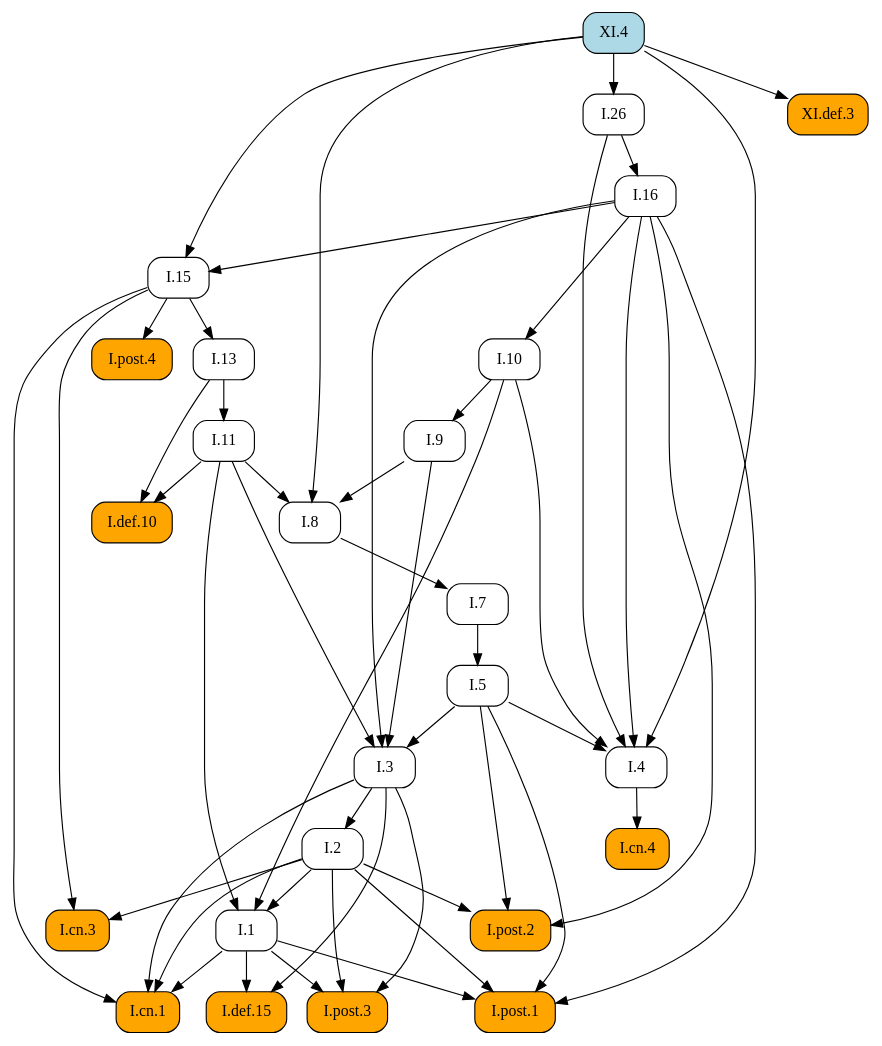
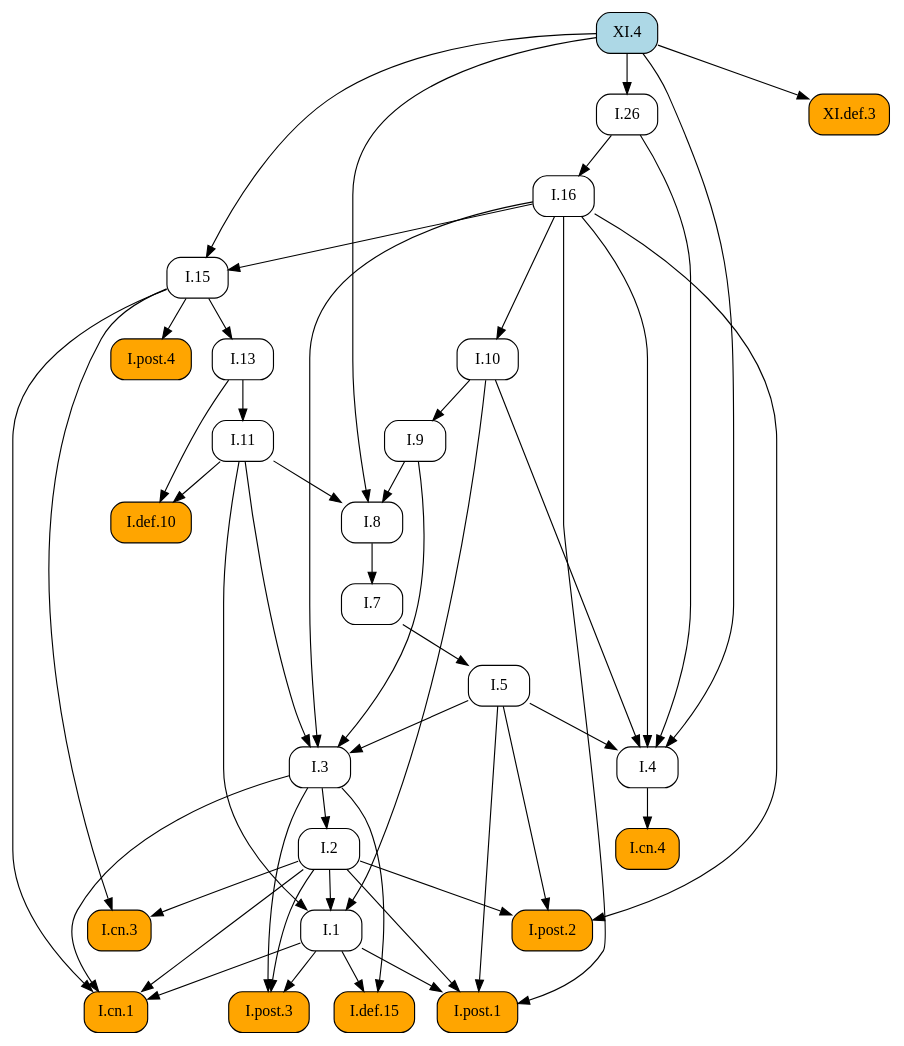
One commit to geometor/elements changed the diagram in docsrc/heath/XI/4/index.rst. Above: the diagram before and after it, drawn with Graphviz. The commit also changed other lines of this file and 484 other files, not shown here.

```diff
--- a/docsrc/heath/XI/4/index.rst
+++ b/docsrc/heath/XI/4/index.rst
@@ -59,80 +59,80 @@
 .. graphviz::
 
    digraph {
      rankdir="TB";
      node [shape=box, style=rounded];
+     "I.9" [URL="/heath/I/9/", target="_top"];
+     "I.cn.1" [style="rounded,filled", fillcolor=orange, URL="/heath/I/cn.1/", target="_top"];
+     "I.7" [URL="/heath/I/7/", target="_top"];
+     "I.2" [URL="/heath/I/2/", target="_top"];
+     "XI.4" [style="rounded,filled", fillcolor=lightblue, URL="/heath/XI/4/", target="_top"];
+     "I.def.15" [style="rounded,filled", fillcolor=orange, URL="/heath/I/def.15/", target="_top"];
+     "I.13" [URL="/heath/I/13/", target="_top"];
+     "I.post.4" [style="rounded,filled", fillcolor=orange, URL="/heath/I/post.4/", target="_top"];
+     "I.4" [URL="/heath/I/4/", target="_top"];
+     "I.1" [URL="/heath/I/1/", target="_top"];
+     "I.post.3" [style="rounded,filled", fillcolor=orange, URL="/heath/I/post.3/", target="_top"];
+     "I.post.1" [style="rounded,filled", fillcolor=orange, URL="/heath/I/post.1/", target="_top"];
+     "I.5" [URL="/heath/I/5/", target="_top"];
+     "I.8" [URL="/heath/I/8/", target="_top"];
+     "I.cn.3" [style="rounded,filled", fillcolor=orange, URL="/heath/I/cn.3/", target="_top"];
+     "I.16" [URL="/heath/I/16/", target="_top"];
      "I.def.10" [style="rounded,filled", fillcolor=orange, URL="/heath/I/def.10/", target="_top"];
+     "I.15" [URL="/heath/I/15/", target="_top"];
      "XI.def.3" [style="rounded,filled", fillcolor=orange, URL="/heath/XI/def.3/", target="_top"];
-     "I.post.4" [style="rounded,filled", fillcolor=orange, URL="/heath/I/post.4/", target="_top"];
+     "I.10" [URL="/heath/I/10/", target="_top"];
      "I.11" [URL="/heath/I/11/", target="_top"];
-     "I.1" [URL="/heath/I/1/", target="_top"];
+     "I.cn.4" [style="rounded,filled", fillcolor=orange, URL="/heath/I/cn.4/", target="_top"];
+     "I.post.2" [style="rounded,filled", fillcolor=orange, URL="/heath/I/post.2/", target="_top"];
      "I.26" [URL="/heath/I/26/", target="_top"];
-     "I.7" [URL="/heath/I/7/", target="_top"];
      "I.3" [URL="/heath/I/3/", target="_top"];
-     "I.2" [URL="/heath/I/2/", target="_top"];
-     "I.4" [URL="/heath/I/4/", target="_top"];
-     "I.13" [URL="/heath/I/13/", target="_top"];
-     "I.post.2" [style="rounded,filled", fillcolor=orange, URL="/heath/I/post.2/", target="_top"];
-     "I.16" [URL="/heath/I/16/", target="_top"];
-     "I.def.15" [style="rounded,filled", fillcolor=orange, URL="/heath/I/def.15/", target="_top"];
-     "I.9" [URL="/heath/I/9/", target="_top"];
-     "I.post.3" [style="rounded,filled", fillcolor=orange, URL="/heath/I/post.3/", target="_top"];
-     "I.cn.1" [style="rounded,filled", fillcolor=orange, URL="/heath/I/cn.1/", target="_top"];
-     "I.cn.3" [style="rounded,filled", fillcolor=orange, URL="/heath/I/cn.3/", target="_top"];
-     "I.8" [URL="/heath/I/8/", target="_top"];
-     "I.cn.4" [style="rounded,filled", fillcolor=orange, URL="/heath/I/cn.4/", target="_top"];
-     "I.15" [URL="/heath/I/15/", target="_top"];
-     "XI.4" [style="rounded,filled", fillcolor=lightblue, URL="/heath/XI/4/", target="_top"];
-     "I.post.1" [style="rounded,filled", fillcolor=orange, URL="/heath/I/post.1/", target="_top"];
-     "I.10" [URL="/heath/I/10/", target="_top"];
-     "I.5" [URL="/heath/I/5/", target="_top"];
-     "I.11" -> "I.def.10";
-     "I.13" -> "I.def.10";
-     "XI.4" -> "XI.def.3";
+     "I.10" -> "I.9";
+     "I.1" -> "I.cn.1";
+     "I.2" -> "I.cn.1";
+     "I.3" -> "I.cn.1";
+     "I.15" -> "I.cn.1";
+     "I.8" -> "I.7";
+     "I.3" -> "I.2";
+     "I.1" -> "I.def.15";
+     "I.3" -> "I.def.15";
+     "I.15" -> "I.13";
      "I.15" -> "I.post.4";
-     "I.13" -> "I.11";
-     "I.2" -> "I.1";
-     "I.10" -> "I.1";
-     "I.11" -> "I.1";
-     "XI.4" -> "I.26";
-     "I.8" -> "I.7";
-     "I.5" -> "I.3";
-     "I.9" -> "I.3";
-     "I.11" -> "I.3";
-     "I.16" -> "I.3";
-     "I.3" -> "I.2";
      "I.5" -> "I.4";
      "I.10" -> "I.4";
      "I.16" -> "I.4";
      "I.26" -> "I.4";
      "XI.4" -> "I.4";
-     "I.15" -> "I.13";
-     "I.2" -> "I.post.2";
-     "I.5" -> "I.post.2";
-     "I.16" -> "I.post.2";
-     "I.26" -> "I.16";
-     "I.1" -> "I.def.15";
-     "I.3" -> "I.def.15";
-     "I.10" -> "I.9";
+     "I.2" -> "I.1";
+     "I.10" -> "I.1";
+     "I.11" -> "I.1";
      "I.1" -> "I.post.3";
      "I.2" -> "I.post.3";
      "I.3" -> "I.post.3";
-     "I.1" -> "I.cn.1";
-     "I.2" -> "I.cn.1";
-     "I.3" -> "I.cn.1";
-     "I.15" -> "I.cn.1";
-     "I.2" -> "I.cn.3";
-     "I.15" -> "I.cn.3";
-     "I.9" -> "I.8";
-     "I.11" -> "I.8";
-     "XI.4" -> "I.8";
-     "I.4" -> "I.cn.4";
-     "I.16" -> "I.15";
-     "XI.4" -> "I.15";
      "I.1" -> "I.post.1";
      "I.2" -> "I.post.1";
      "I.5" -> "I.post.1";
      "I.16" -> "I.post.1";
+     "I.7" -> "I.5";
+     "I.9" -> "I.8";
+     "I.11" -> "I.8";
+     "XI.4" -> "I.8";
+     "I.2" -> "I.cn.3";
+     "I.15" -> "I.cn.3";
+     "I.26" -> "I.16";
+     "I.11" -> "I.def.10";
+     "I.13" -> "I.def.10";
+     "I.16" -> "I.15";
+     "XI.4" -> "I.15";
+     "XI.4" -> "XI.def.3";
      "I.16" -> "I.10";
-     "I.7" -> "I.5";
+     "I.13" -> "I.11";
+     "I.4" -> "I.cn.4";
+     "I.2" -> "I.post.2";
+     "I.5" -> "I.post.2";
+     "I.16" -> "I.post.2";
+     "XI.4" -> "I.26";
+     "I.5" -> "I.3";
+     "I.9" -> "I.3";
+     "I.11" -> "I.3";
+     "I.16" -> "I.3";
    }
```
